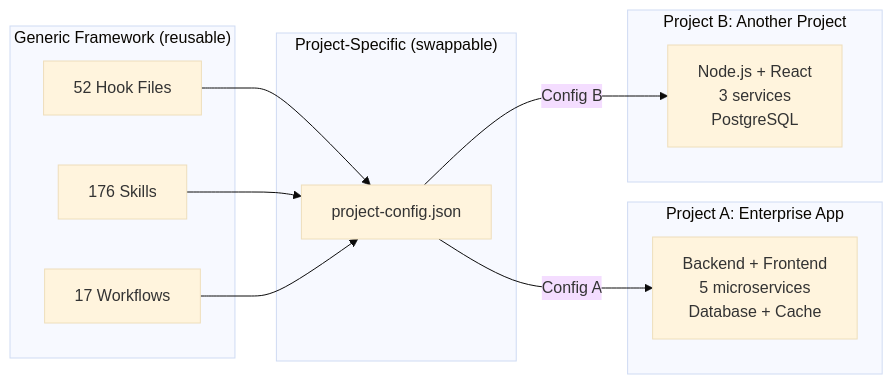
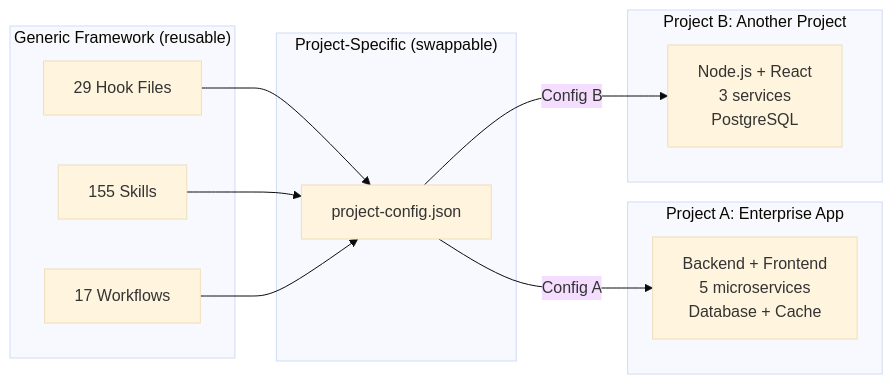
One commit to duc01226/easy-claude changed the eighth of 20 diagrams in .claude/docs/claude-ai-agent-framework-guide.md. Above: the diagram before and after it, drawn with Mermaid (base theme). The commit also changed other lines of this file and 43 other files, not shown here.

````diff
--- a/.claude/docs/claude-ai-agent-framework-guide.md
+++ b/.claude/docs/claude-ai-agent-framework-guide.md
@@ -902,24 +881,24 @@
 ```mermaid
 graph LR
     subgraph "Generic Framework (reusable)"
-        H[52 Hook Files]
-        S[176 Skills]
+        H[29 Hook Files]
+        S[155 Skills]
         W[17 Workflows]
     end
 
     subgraph "Project-Specific (swappable)"
         PC[project-config.json]
     end
 
     subgraph "Project A: Enterprise App"
         PA[Backend + Frontend<br/>5 microservices<br/>Database + Cache]
     end
 
     subgraph "Project B: Another Project"
         PB[Node.js + React<br/>3 services<br/>PostgreSQL]
     end
 
     H & S & W --> PC
     PC -->|Config A| PA
     PC -->|Config B| PB
 ```
````
